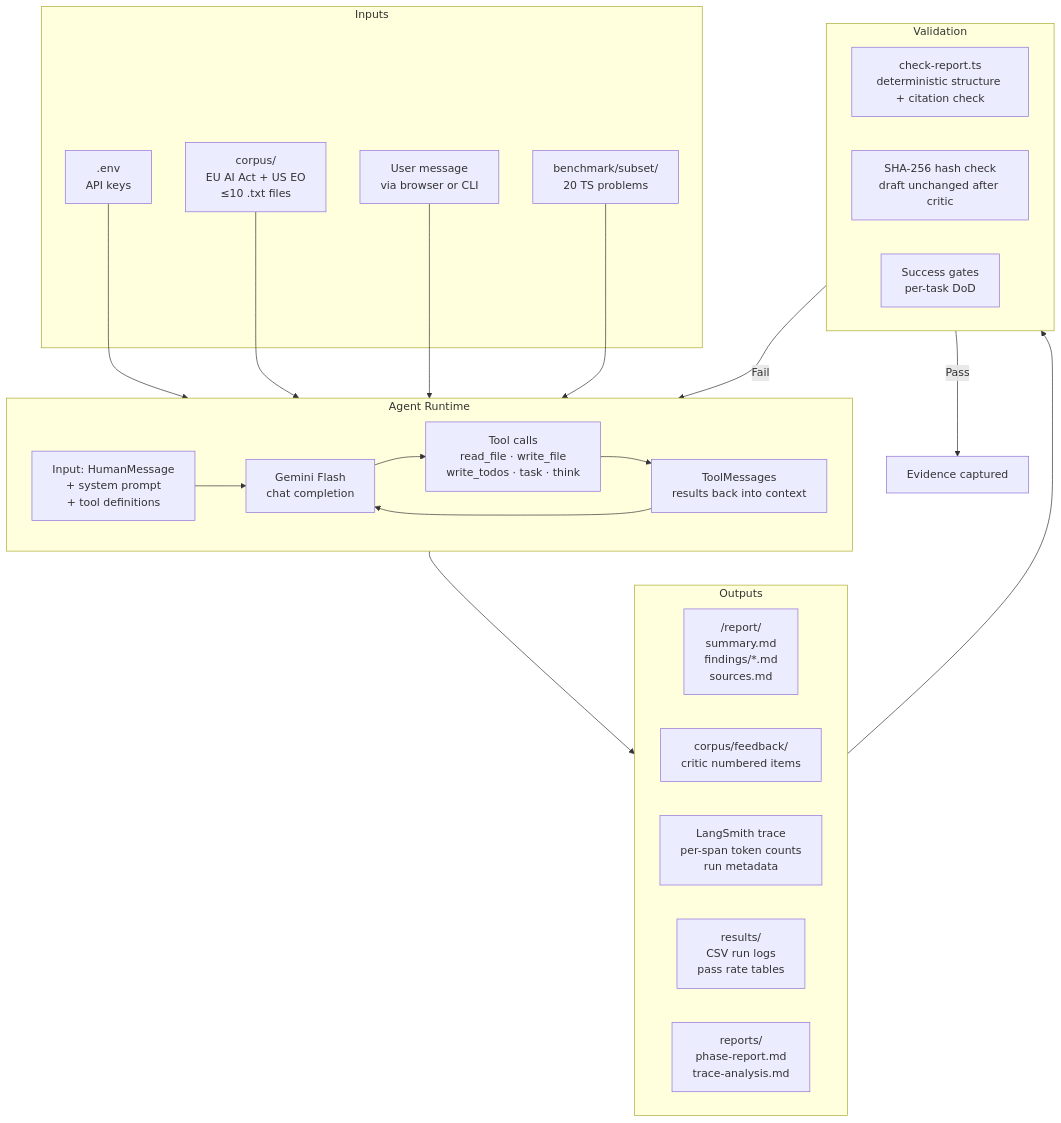
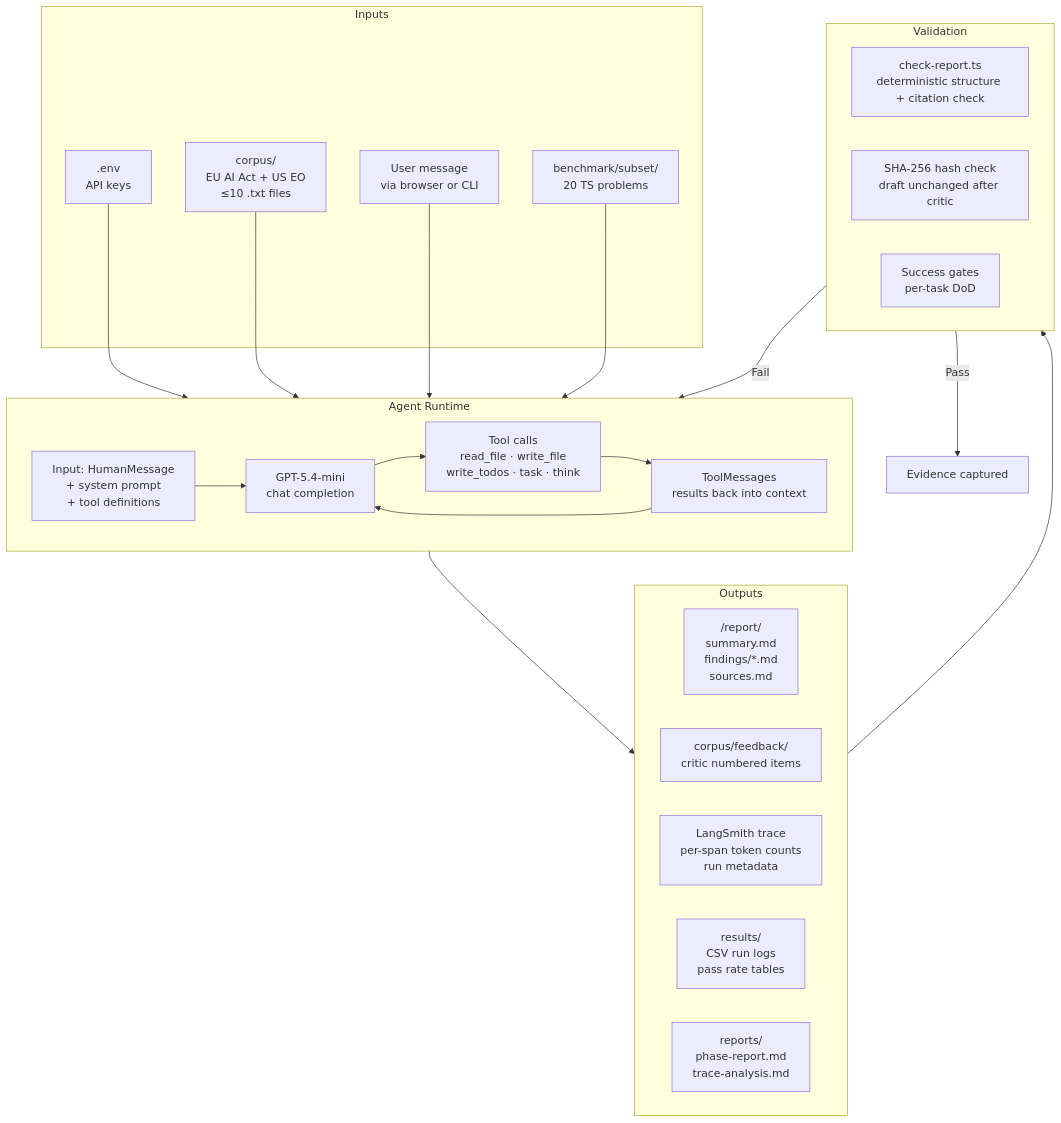
The first of 5 diagrams in docs/diagrams/06-data-flow.md (nhatduong-agilityio/deep-agents), drawn with Mermaid before and after one commit. The commit also changed other lines of this file and 21 other files, not shown here.

Commit message:
docs: update READMEs and diagrams for OpenAI migration and T-DA-04 results

````diff
--- a/docs/diagrams/06-data-flow.md
+++ b/docs/diagrams/06-data-flow.md
@@ -7,40 +7,40 @@
 ```mermaid
 flowchart TD
     subgraph Inputs
         ENV[".env\nAPI keys"]
         CORPUS["corpus/\nEU AI Act + US EO\n≤10 .txt files"]
         USER["User message\nvia browser or CLI"]
         BENCH["benchmark/subset/\n20 TS problems"]
     end
 
     subgraph AgentRuntime["Agent Runtime"]
         IM["Input: HumanMessage\n+ system prompt\n+ tool definitions"]
-        LLM["Gemini Flash\nchat completion"]
+        LLM["GPT-5.4-mini\nchat completion"]
         TC["Tool calls\nread_file · write_file\nwrite_todos · task · think"]
         TM["ToolMessages\nresults back into context"]
         IM --> LLM --> TC --> TM --> LLM
     end
 
     subgraph Outputs
         RP["/report/\nsummary.md\nfindings/*.md\nsources.md"]
         FDB["corpus/feedback/\ncritic numbered items"]
         TR["LangSmith trace\nper-span token counts\nrun metadata"]
         RS["results/\nCSV run logs\npass rate tables"]
         RPT["reports/\nphase-report.md\ntrace-analysis.md"]
     end
 
     subgraph Validation
         CHK["check-report.ts\ndeterministic structure + citation check"]
         HASH["SHA-256 hash check\ndraft unchanged after critic"]
         GATE["Success gates\nper-task DoD"]
     end
 
     ENV --> AgentRuntime
     CORPUS --> AgentRuntime
     USER --> AgentRuntime
     BENCH --> AgentRuntime
     AgentRuntime --> Outputs
     Outputs --> Validation
     Validation -->|Pass| DONE["Evidence captured"]
     Validation -->|Fail| AgentRuntime
 ```
````
